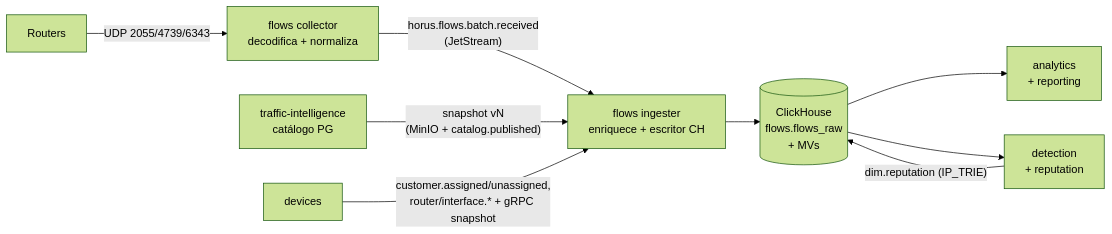
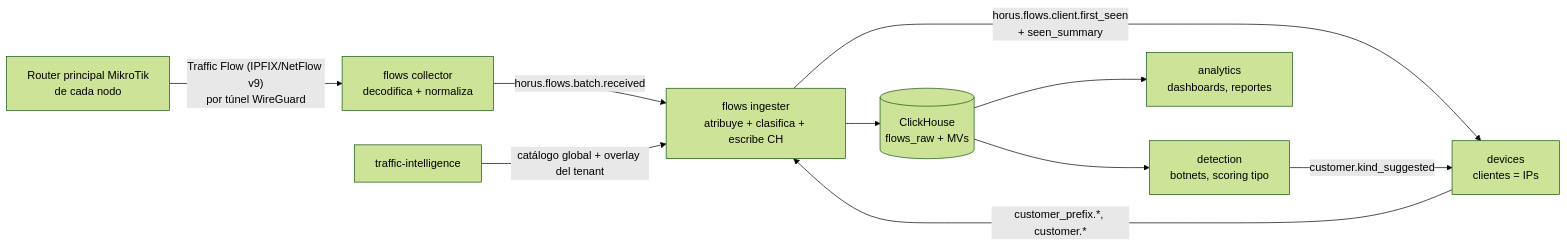
The diagram in docs/traffic-model.md (HCDestroyer/horus-flow), drawn with Mermaid (forest theme) before and after one commit. The commit also changed other lines of this file and 14 other files, not shown here.

````diff
--- a/docs/traffic-model.md
+++ b/docs/traffic-model.md
@@ -49,11 +52,12 @@
 ```mermaid
 flowchart LR
-  R[Routers] -- "UDP 2055/4739/6343" --> C[flows collector<br/>decodifica + normaliza]
-  C -- "horus.flows.batch.received<br/>(JetStream)" --> I[flows ingester<br/>enriquece + escritor CH]
-  I --> CH[(ClickHouse<br/>flows.flows_raw<br/>+ MVs)]
-  TI[traffic-intelligence<br/>catálogo PG] -- "snapshot vN<br/>(MinIO + catalog.published)" --> I
-  DEV[devices] -- "customer.assigned/unassigned,<br/>router/interface.* + gRPC snapshot" --> I
-  CH --> AN[analytics<br/>+ reporting]
-  CH --> DET[detection<br/>+ reputation]
-  DET -- "dim.reputation (IP_TRIE)" --> CH
+  R[Router principal MikroTik<br/>de cada nodo] -- "Traffic Flow (IPFIX/NetFlow v9)<br/>por túnel WireGuard" --> C[flows collector<br/>decodifica + normaliza]
+  C -- "horus.flows.batch.received" --> I[flows ingester<br/>atribuye + clasifica + escribe CH]
+  I --> CH[(ClickHouse<br/>flows_raw + MVs)]
+  I -- "horus.flows.client.first_seen<br/>+ seen_summary" --> DEV[devices<br/>clientes = IPs]
+  DEV -- "customer_prefix.*, customer.*" --> I
+  TI[traffic-intelligence] -- "catálogo global + overlay del tenant" --> I
+  CH --> DET[detection<br/>botnets, scoring tipo]
+  DET -- "customer.kind_suggested" --> DEV
+  CH --> AN[analytics<br/>dashboards, reportes]
 ```
````
